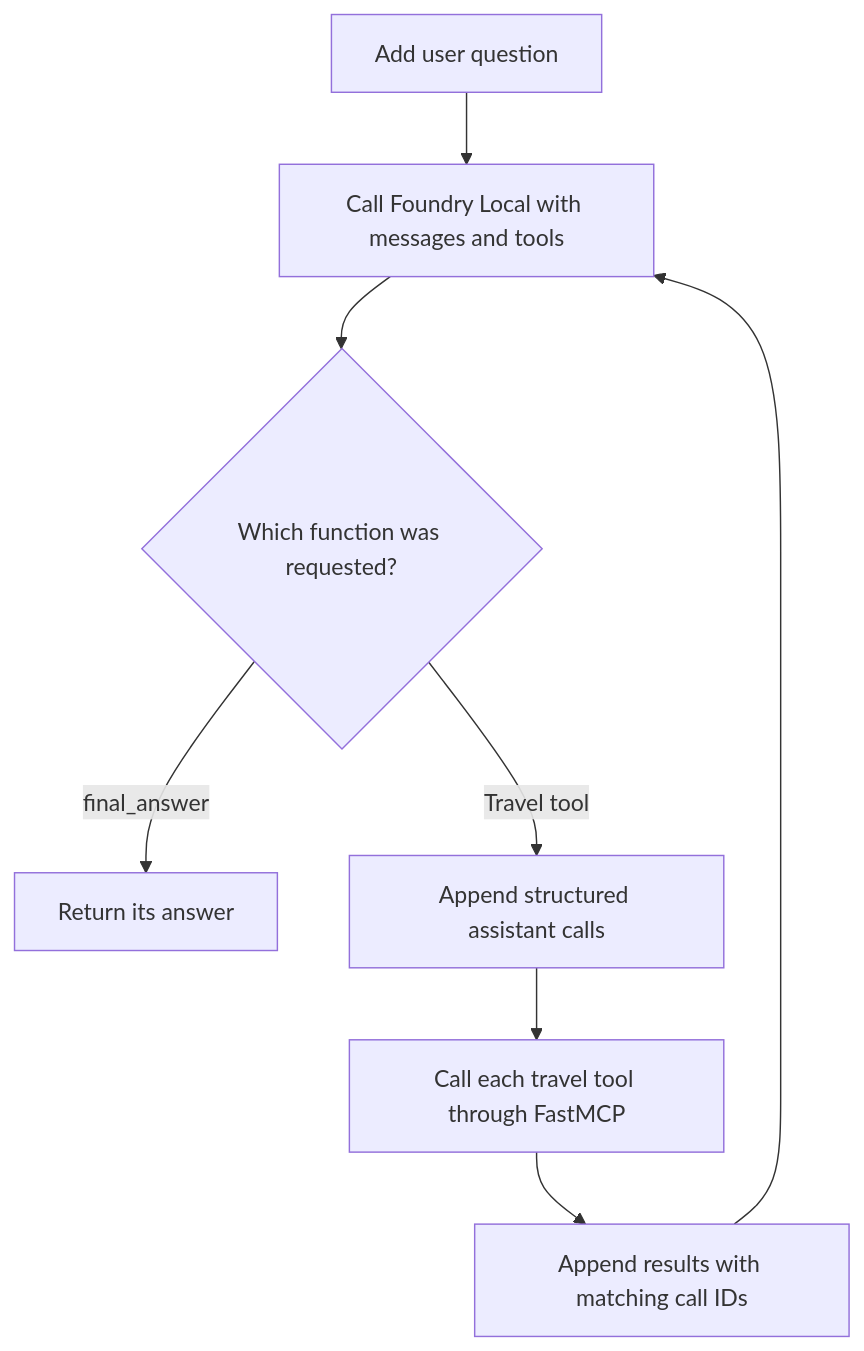
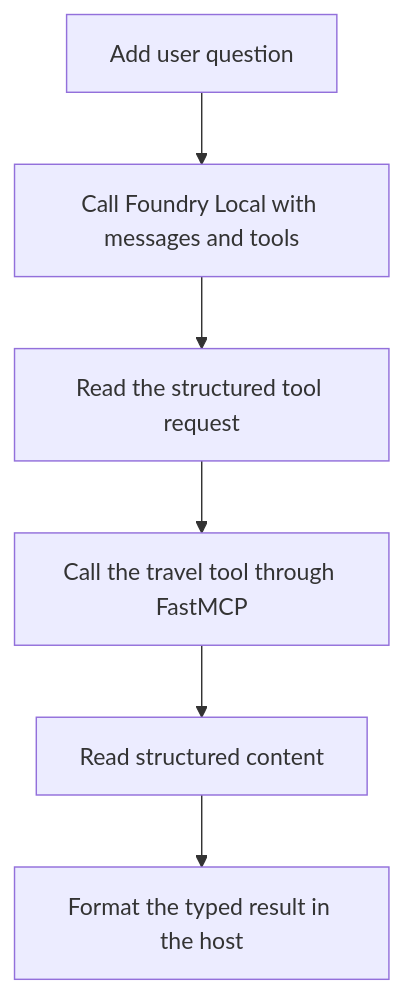
Before and after one commit to GlobalAICommunity/mcp-fl-workshop: the diagram in docs/04-raw-client.md, drawn with Mermaid. The commit also changed other lines of this file and 24 other files, not shown here.

````diff
--- a/docs/04-raw-client.md
+++ b/docs/04-raw-client.md
@@ -223,10 +222,8 @@
 ```mermaid
 flowchart TD
     Q[Add user question] --> M[Call Foundry Local with messages and tools]
-    M --> C{Which function was requested?}
-    C -->|final_answer| A[Return its answer]
-    C -->|Travel tool| H[Append structured assistant calls]
-    H --> T[Call each travel tool through FastMCP]
-    T --> R[Append results with matching call IDs]
-    R --> M
+    M --> C[Read the structured tool request]
+    C --> T[Call the travel tool through FastMCP]
+    T --> R[Read structured content]
+    R --> A[Format the typed result in the host]
 ```
````
